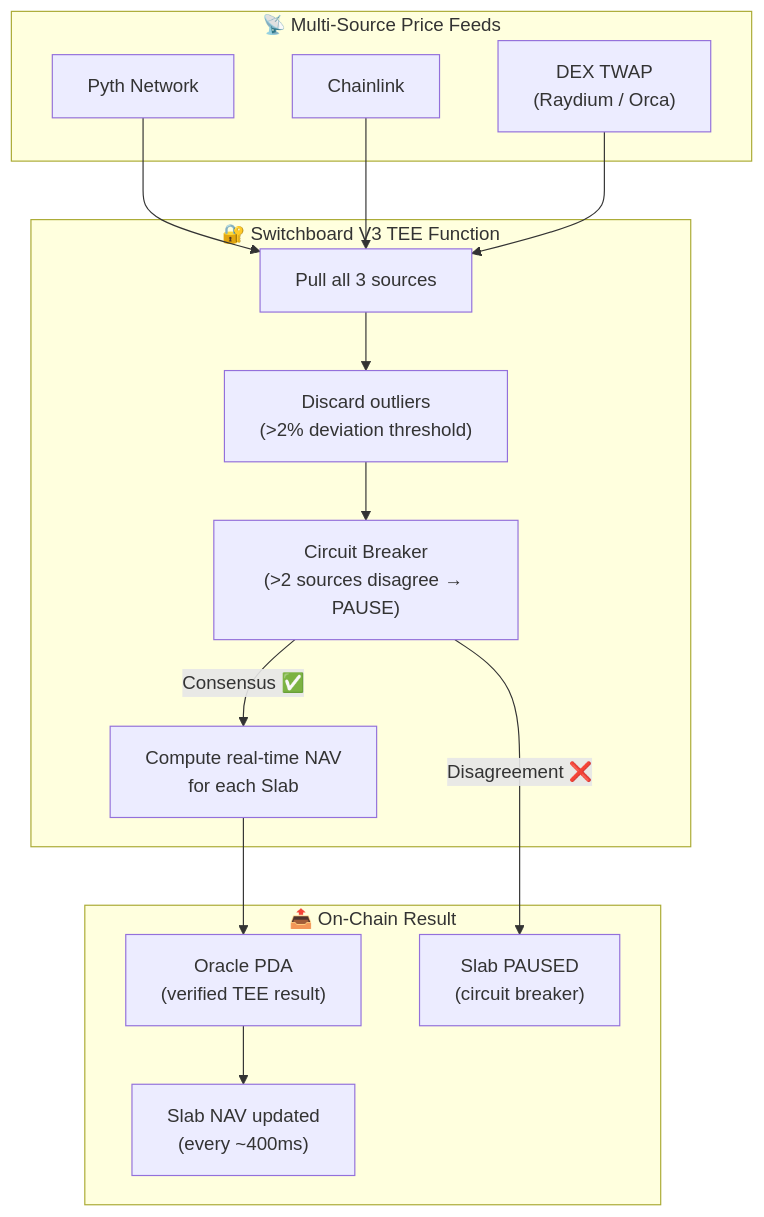
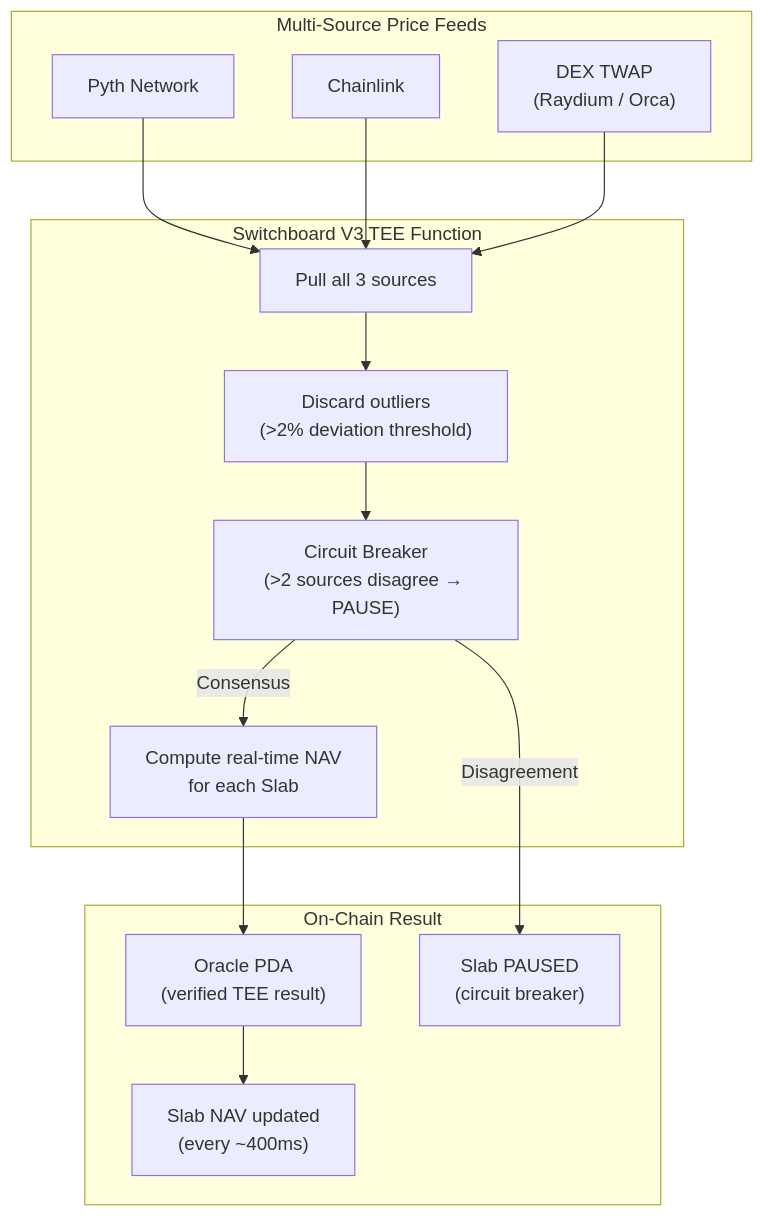
Before and after one commit to thetruesammyjay/Percorium: the fourth of 7 diagrams in README.md, drawn with Mermaid. The commit also changed other lines of this file and 2 other files, not shown here.

````diff
--- a/README.md
+++ b/README.md
@@ -193,31 +193,31 @@
 ```mermaid
 graph TD
-    subgraph Sources["📡 Multi-Source Price Feeds"]
+    subgraph Sources["Multi-Source Price Feeds"]
         Pyth["Pyth Network"]
         Chainlink["Chainlink"]
         DEX["DEX TWAP\n(Raydium / Orca)"]
     end
 
-    subgraph TEE["🔐 Switchboard V3 TEE Function"]
+    subgraph TEE["Switchboard V3 TEE Function"]
         Pull["Pull all 3 sources"]
         Outlier["Discard outliers\n(>2% deviation threshold)"]
         Circuit["Circuit Breaker\n(>2 sources disagree → PAUSE)"]
         NAV["Compute real-time NAV\nfor each Slab"]
     end
 
-    subgraph Output["📤 On-Chain Result"]
+    subgraph Output["On-Chain Result"]
         OracleAccount["Oracle PDA\n(verified TEE result)"]
         SlabNAV["Slab NAV updated\n(every ~400ms)"]
         Pause["Slab PAUSED\n(circuit breaker)"]
     end
 
     Pyth --> Pull
     Chainlink --> Pull
     DEX --> Pull
     Pull --> Outlier
     Outlier --> Circuit
-    Circuit -->|"Consensus ✅"| NAV
-    Circuit -->|"Disagreement ❌"| Pause
+    Circuit -->|"Consensus "| NAV
+    Circuit -->|"Disagreement "| Pause
     NAV --> OracleAccount
     OracleAccount --> SlabNAV
 ```
````
